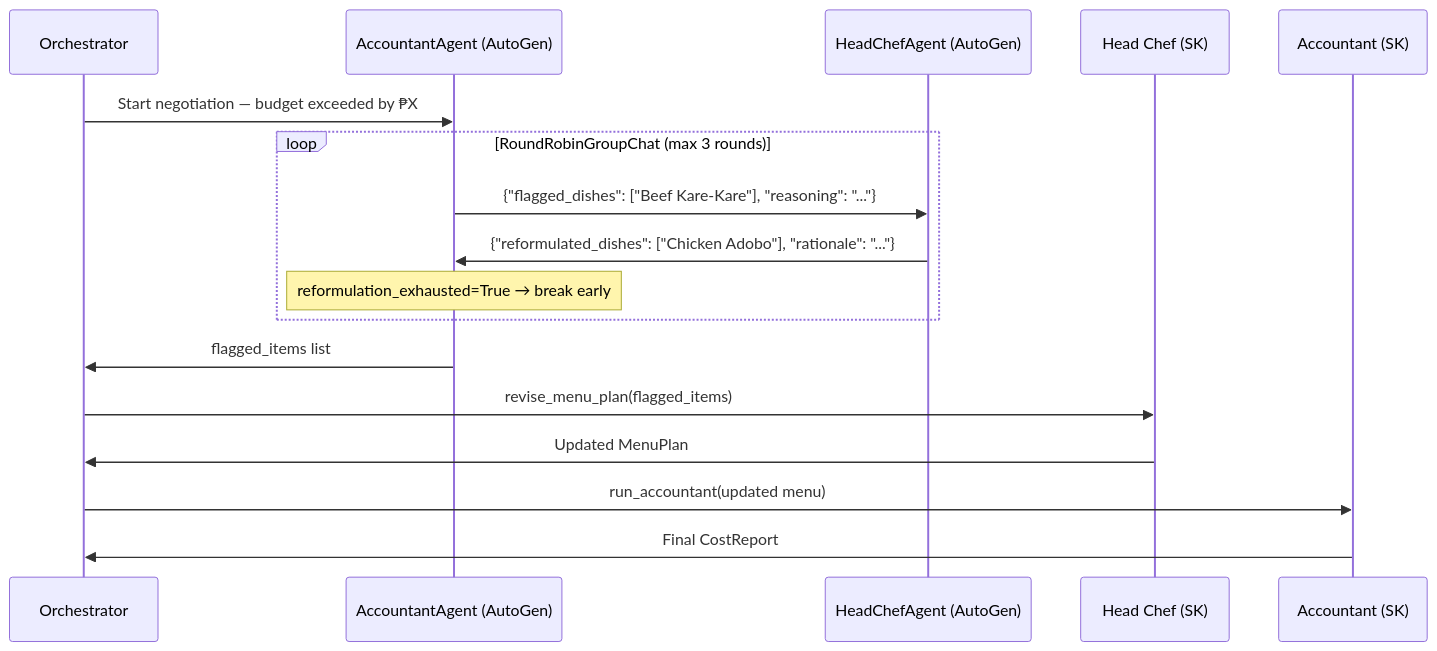
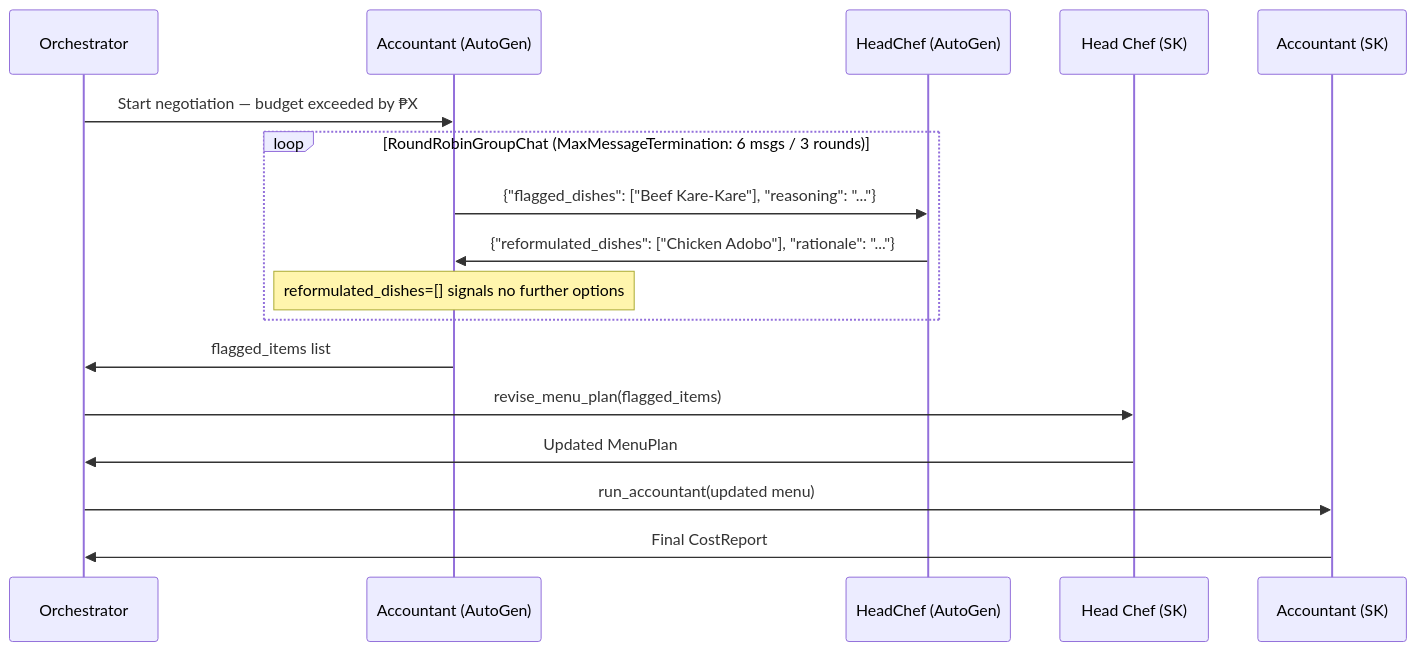
The second of 4 diagrams in ARCHITECTURE.md (jennylyn07/smart-catering-agent), drawn with Mermaid before and after one commit. The commit also changed other lines of this file and 1 other file, not shown here.

First line of the commit message:
docs: source-verify and sync ARCHITECTURE.md + README.md for hackathon submission

````diff
--- a/ARCHITECTURE.md
+++ b/ARCHITECTURE.md
@@ -93,20 +130,20 @@
 ```mermaid
 sequenceDiagram
     participant Orch as Orchestrator
-    participant AC as AccountantAgent (AutoGen)
-    participant HC as HeadChefAgent (AutoGen)
+    participant AC as Accountant (AutoGen)
+    participant HC as HeadChef (AutoGen)
     participant Chef as Head Chef (SK)
     participant Acct as Accountant (SK)
 
     Orch->>AC: Start negotiation — budget exceeded by ₱X
-    loop RoundRobinGroupChat (max 3 rounds)
+    loop RoundRobinGroupChat (MaxMessageTermination: 6 msgs / 3 rounds)
         AC->>HC: {"flagged_dishes": ["Beef Kare-Kare"], "reasoning": "..."}
         HC->>AC: {"reformulated_dishes": ["Chicken Adobo"], "rationale": "..."}
-        Note over AC: reformulation_exhausted=True → break early
+        Note over AC: reformulated_dishes=[] signals no further options
     end
     AC->>Orch: flagged_items list
     Orch->>Chef: revise_menu_plan(flagged_items)
     Chef->>Orch: Updated MenuPlan
     Orch->>Acct: run_accountant(updated menu)
     Acct->>Orch: Final CostReport
 ```
````
